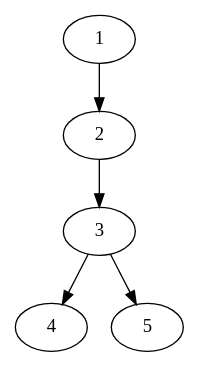
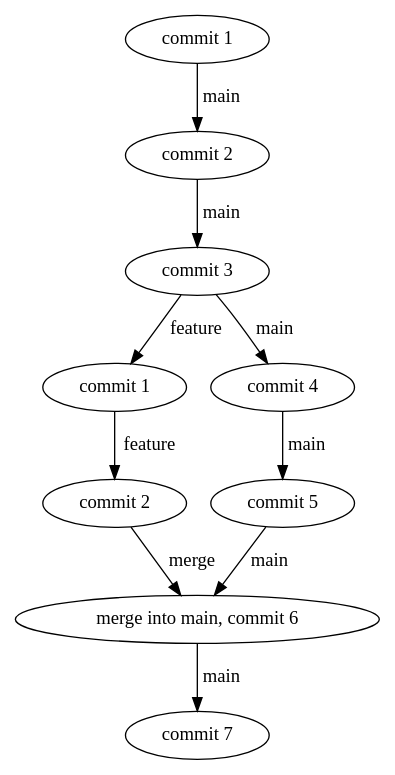
Before and after one commit to WRWPhillips/go-DAG-visualization: the diagram in DAG-graph.gv, drawn with Graphviz. The commit also changed 3 other files, not shown here.

```diff
--- a/DAG-graph.gv
+++ b/DAG-graph.gv
@@ -1,21 +1,39 @@
 strict digraph {
 
-	"1" [  weight=0 ];
+	"6" [ label="commit 5",  weight=0 ];
 
-	"1" -> "2" [  weight=0 ];
+	"6" -> "8" [ label="main",  weight=0 ];
 
-	"2" [  weight=0 ];
+	"5" [ label="commit 1",  weight=0 ];
 
-	"2" -> "3" [  weight=0 ];
+	"5" -> "7" [ label="feature",  weight=0 ];
 
-	"3" [  weight=0 ];
+	"7" [ label="commit 2",  weight=0 ];
 
-	"3" -> "4" [  weight=0 ];
+	"7" -> "8" [ label="merge",  weight=0 ];
 
-	"3" -> "5" [  weight=0 ];
+	"8" [ label="merge into main, commit 6",  weight=0 ];
 
-	"4" [  weight=0 ];
+	"8" -> "9" [ label="main",  weight=0 ];
 
-	"5" [  weight=0 ];
+	"1" [ label="commit 1",  weight=0 ];
+
+	"1" -> "2" [ label="main",  weight=0 ];
+
+	"3" [ label="commit 3",  weight=0 ];
+
+	"3" -> "4" [ label="main",  weight=0 ];
+
+	"3" -> "5" [ label="feature",  weight=0 ];
+
+	"4" [ label="commit 4",  weight=0 ];
+
+	"4" -> "6" [ label="main",  weight=0 ];
+
+	"2" [ label="commit 2",  weight=0 ];
+
+	"2" -> "3" [ label="main",  weight=0 ];
+
+	"9" [ label="commit 7",  weight=0 ];
 
 }
```
